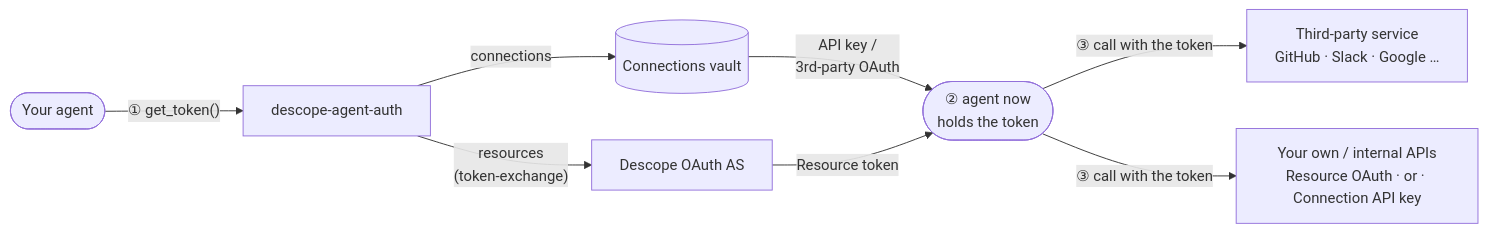
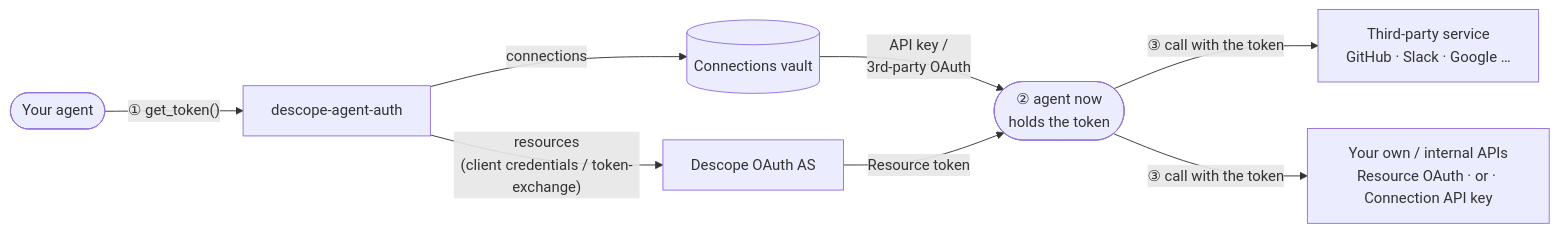
Before and after one commit to descope/descope-agent-auth: the first of 3 diagrams in README.md, drawn with Mermaid. The commit also changed other lines of this file and 41 other files, not shown here.

First line of the commit message:
fix(resources): authenticate token exchange and key cache per user (#47)

````diff
--- a/README.md
+++ b/README.md
@@ -93,13 +94,13 @@
 ```mermaid
 flowchart LR
     A1(["Your agent"]) -->|"① get_token()"| SDK["descope-agent-auth"]
 
     SDK -->|"connections"| Vault[("Connections vault")]
-    SDK -->|"resources<br/>(token-exchange)"| AS["Descope OAuth AS"]
+    SDK -->|"resources<br/>(client credentials / token-exchange)"| AS["Descope OAuth AS"]
 
     Vault -->|"API key /<br/>3rd-party OAuth"| A2(["② agent now<br/>holds the token"])
     AS -->|"Resource token"| A2
 
     A2 -->|"③ call with the token"| TP["Third-party service<br/>GitHub · Slack · Google …"]
     A2 -->|"③ call with the token"| Own["Your own / internal APIs<br/>Resource OAuth · or · Connection API key"]
 ```
````
